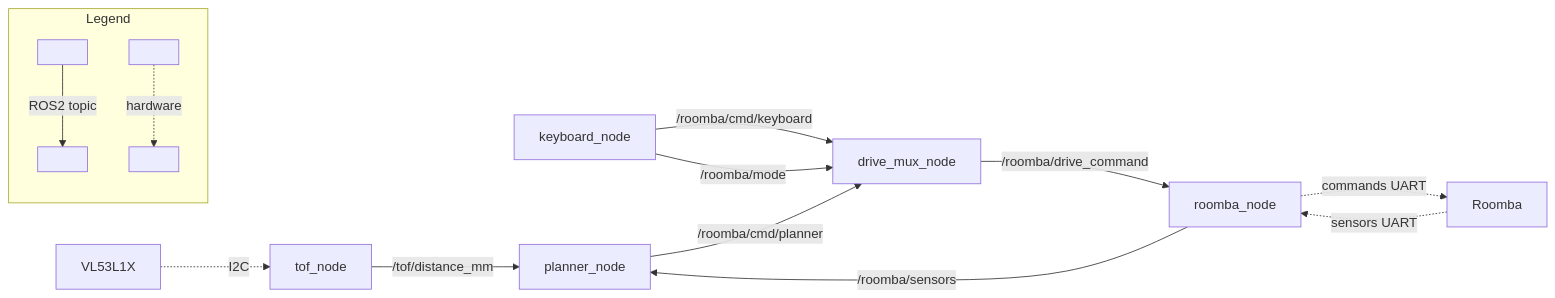
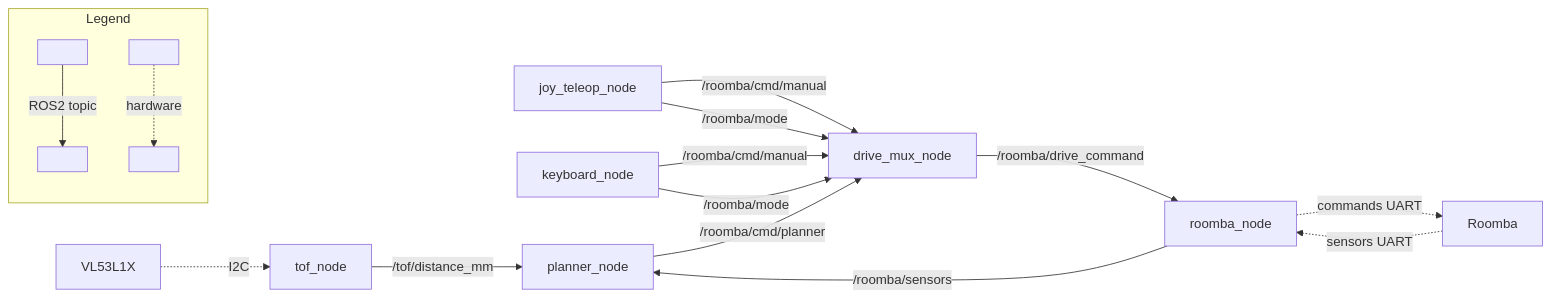
The diagram in README.md (tkhm/roomba-ros2-work), drawn with Mermaid before and after one commit. The commit also changed other lines of this file and 8 other files, not shown here.

First line of the commit message:
Add joy controller node

````diff
--- a/README.md
+++ b/README.md
@@ -74,17 +74,19 @@
 ```mermaid
 graph LR
     subgraph Legend
         _a[ ] -->|ROS2 topic| _b[ ]
         _c[ ] -.->|hardware| _d[ ]
     end
     VL53L1X -.->|I2C| tof_node
     roomba_node -.->|commands UART| Roomba
     Roomba -.->|sensors UART| roomba_node
-    keyboard_node -->|"/roomba/cmd/keyboard"| drive_mux_node
+    joy_teleop_node -->|"/roomba/cmd/manual"| drive_mux_node
+    keyboard_node -->|"/roomba/cmd/manual"| drive_mux_node
     planner_node -->|"/roomba/cmd/planner"| drive_mux_node
     drive_mux_node -->|"/roomba/drive_command"| roomba_node
+    joy_teleop_node -->|"/roomba/mode"| drive_mux_node
     keyboard_node -->|"/roomba/mode"| drive_mux_node
     roomba_node -->|"/roomba/sensors"| planner_node
     tof_node -->|"/tof/distance_mm"| planner_node
     %% excluded: monitor_node
 ```
````
